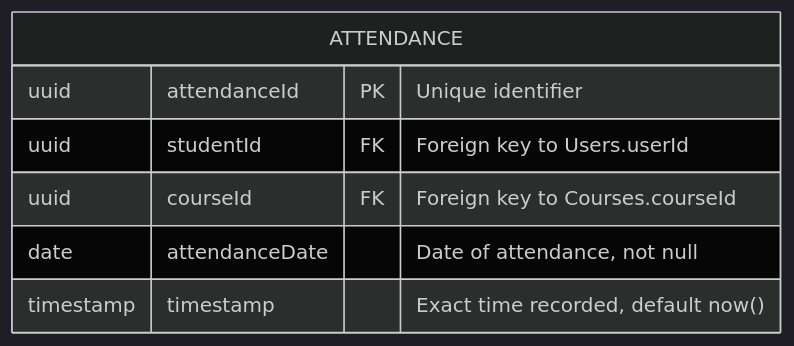
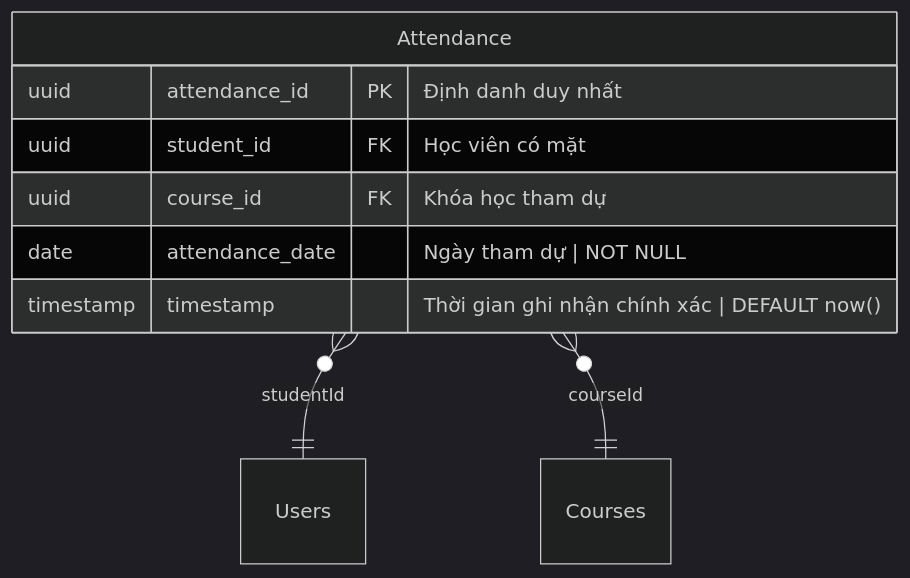
The sixth of 12 diagrams in docs/requirements/requirements.md (hainguyen81/membership-hub), drawn with Mermaid (dark theme) before and after one commit. The commit also changed other lines of this file and 1 other file, not shown here.

````diff
--- a/docs/requirements/requirements.md
+++ b/docs/requirements/requirements.md
@@ -189,10 +503,12 @@
-  ```mermaid
-  erDiagram
-      ATTENDANCE {
-          uuid attendanceId PK "Unique identifier"
-          uuid studentId FK "Foreign key to Users.userId"
-          uuid courseId FK "Foreign key to Courses.courseId"
-          date attendanceDate "Date of attendance, not null"
-          timestamp timestamp "Exact time recorded, default now()"
-      }
-  ```
+```mermaid
+erDiagram
+    Attendance {
+        uuid attendance_id PK "Định danh duy nhất"
+        uuid student_id FK "Học viên có mặt"
+        uuid course_id FK "Khóa học tham dự"
+        date attendance_date "Ngày tham dự | NOT NULL"
+        timestamp timestamp "Thời gian ghi nhận chính xác | DEFAULT now()"
+    }
+    Attendance }o--|| Users : "studentId"
+    Attendance }o--|| Courses : "courseId"
+```
````
